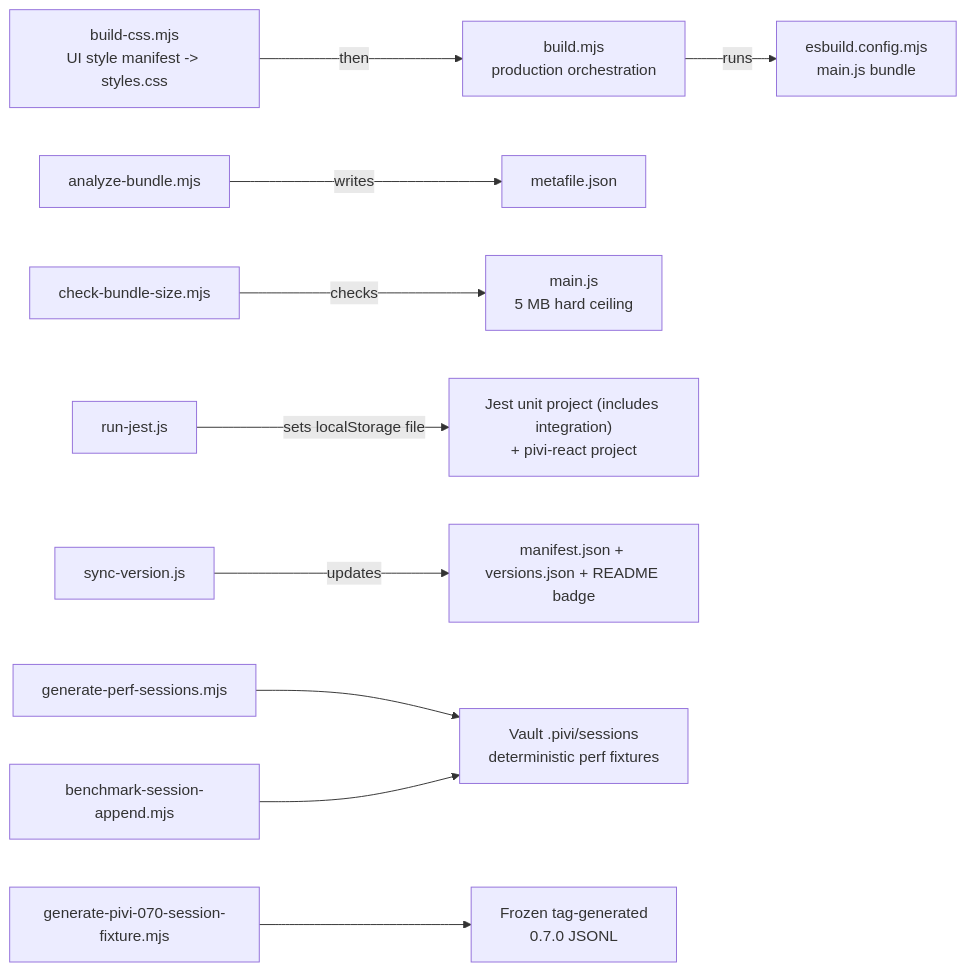
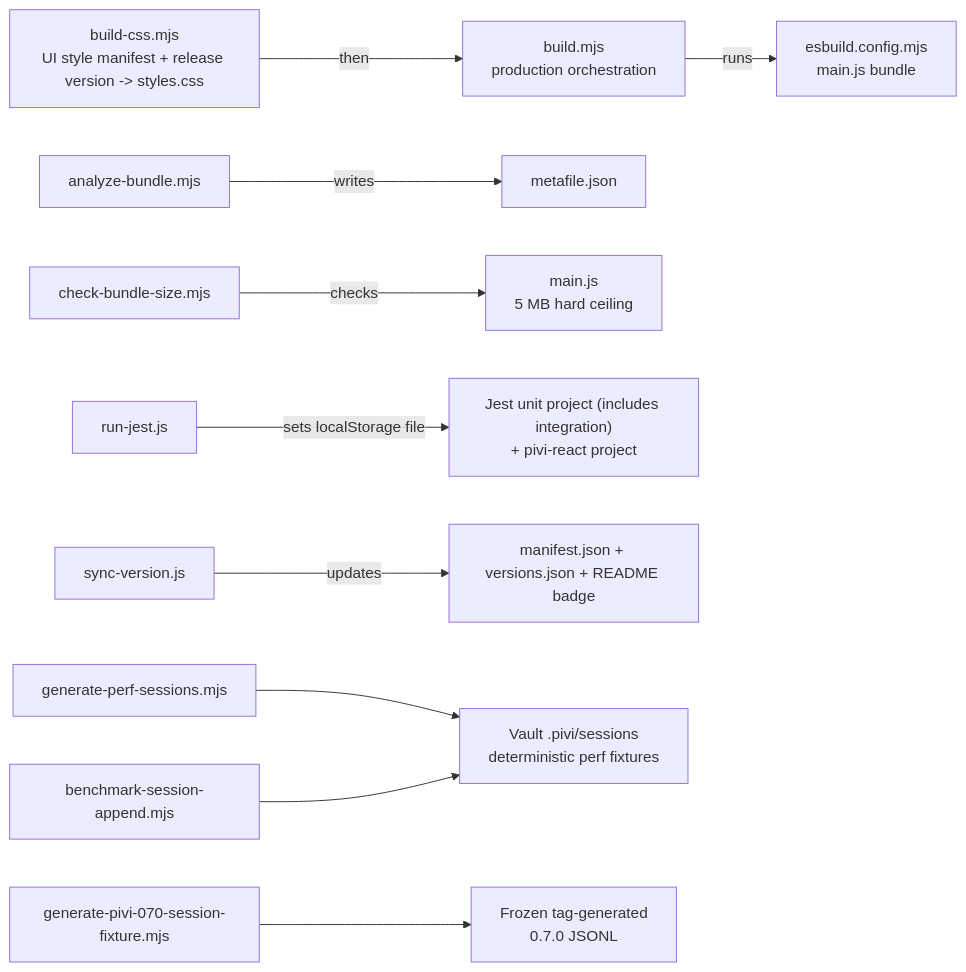
One commit to shuuul/obsidian-pivi changed the diagram in scripts/AGENTS.md. Above: the diagram before and after it, drawn with Mermaid. The commit also changed other lines of this file and 10 other files, not shown here.

````diff
--- a/scripts/AGENTS.md
+++ b/scripts/AGENTS.md
@@ -9,12 +9,12 @@
 ```mermaid
 flowchart LR
-  CSS["build-css.mjs<br/>UI style manifest -> styles.css"] -- "then" --> Build["build.mjs<br/>production orchestration"]
+  CSS["build-css.mjs<br/>UI style manifest + release version -> styles.css"] -- "then" --> Build["build.mjs<br/>production orchestration"]
   Build -- "runs" --> Esbuild["esbuild.config.mjs<br/>main.js bundle"]
   Analyze["analyze-bundle.mjs"] -- "writes" --> Meta["metafile.json"]
   BundleSize["check-bundle-size.mjs"] -- "checks" --> Bundle["main.js<br/>5 MB hard ceiling"]
   Jest["run-jest.js"] -- "sets localStorage file" --> Tests["Jest unit project (includes integration)<br/>+ pivi-react project"]
   Version["sync-version.js"] -- "updates" --> Manifest["manifest.json + versions.json + README badge"]
   Fixtures["generate-perf-sessions.mjs"] --> Sessions["Vault .pivi/sessions<br/>deterministic perf fixtures"]
   Provenance["generate-pivi-070-session-fixture.mjs"] --> Frozen["Frozen tag-generated<br/>0.7.0 JSONL"]
   AppendBench["benchmark-session-append.mjs"] --> Sessions
 ```
````
